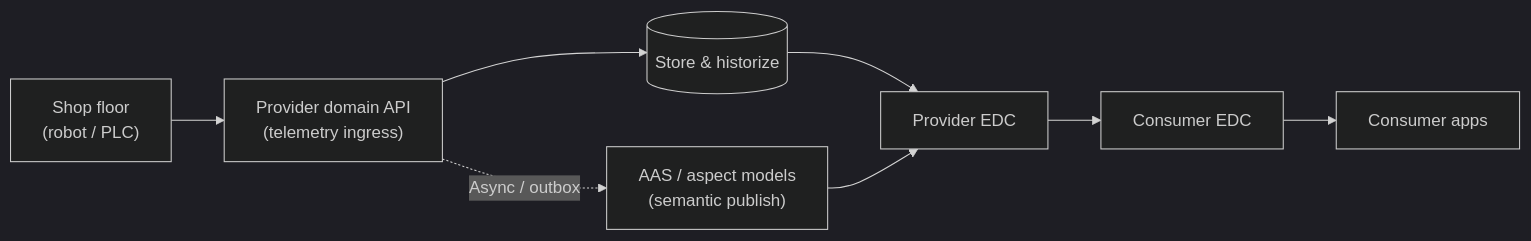
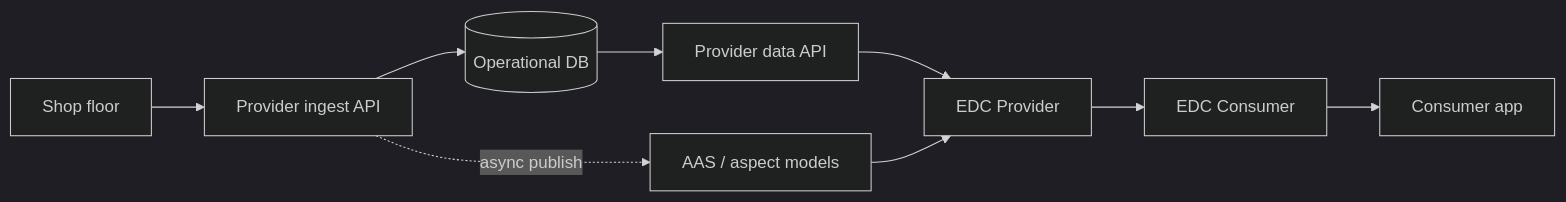
Before and after one commit to sumin-ma-1/catena-x-sw-sample: the second of 3 diagrams in readme.md, drawn with Mermaid (dark theme). The commit also changed other lines of this file and 3 other files, not shown here.

Commit message:
Refine documentation and architecture diagrams in README and related files

````diff
--- a/readme.md
+++ b/readme.md
@@ -62,10 +62,11 @@
 ```mermaid
 flowchart LR
-  Edge["Shop floor\n(robot / PLC)"] --> ApiP["Provider domain API\n(telemetry ingress)"]
-  ApiP --> DbP[(Store & historize)]
-  DbP --> ConP["Provider EDC"]
-  ConP --> ConC["Consumer EDC"]
-  ConC --> AppC["Consumer apps"]
-  ApiP -.->|"Async / outbox"| Twin["AAS / aspect models\n(semantic publish)"]
-  Twin --> ConP
+  Edge["Shop floor"] --> ApiP["Provider ingest API"]
+  ApiP --> DbP[(Operational DB)]
+  ApiP -.->|"async publish"| Sem["AAS / aspect models"]
+  DbP --> Share["Provider data API"]
+  Share --> ConP["EDC Provider"]
+  ConP --> ConC["EDC Consumer"]
+  ConC --> AppC["Consumer app"]
+  Sem --> ConP
 ```
````
